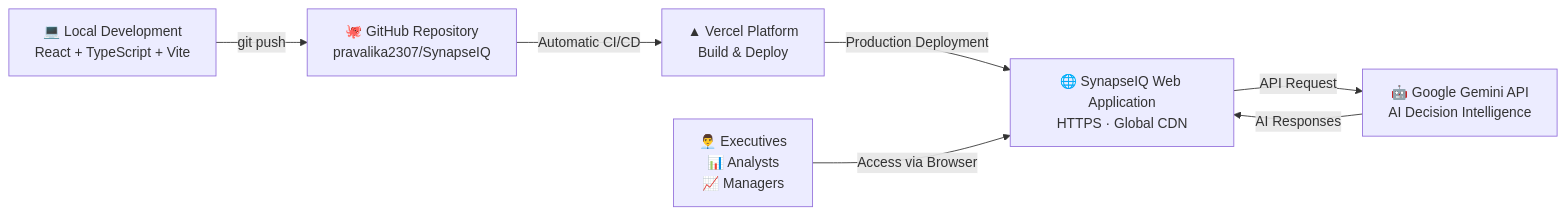
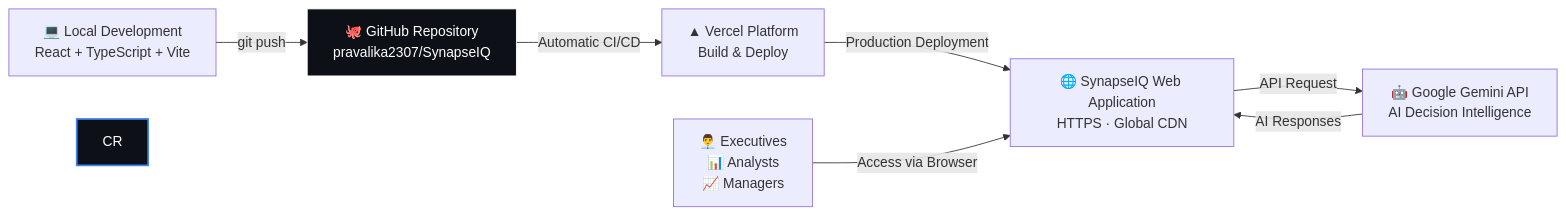
Before and after one commit to pravalika2307/SynapseIQ: the third of 3 diagrams in README.md, drawn with Mermaid.

Commit message:
Fix formatting issues in README.md

````diff
--- a/README.md
+++ b/README.md
@@ -254,14 +254,17 @@
 ```mermaid
 graph LR
     Dev["💻 Local Development<br/>React + TypeScript + Vite"] -->|git push| GH["🐙 GitHub Repository<br/>pravalika2307/SynapseIQ"]
 
     GH -->|Automatic CI/CD| Vercel["▲ Vercel Platform<br/>Build & Deploy"]
 
     Vercel -->|Production Deployment| Web["🌐 SynapseIQ Web Application<br/>HTTPS · Global CDN"]
 
     Web -->|API Request| Gemini["🤖 Google Gemini API<br/>AI Decision Intelligence"]
 
     Gemini -->|AI Responses| Web
 
     Users["👨‍💼 Executives<br/>📊 Analysts<br/>📈 Managers"] -->|Access via Browser| Web
+
+    style GH fill:#0D1117,stroke:#fff,stroke-width:1px,color:#fff
+    style CR fill:#0D1117,stroke:#4285F4,stroke-width:2px,color:#fff
 ```
````
